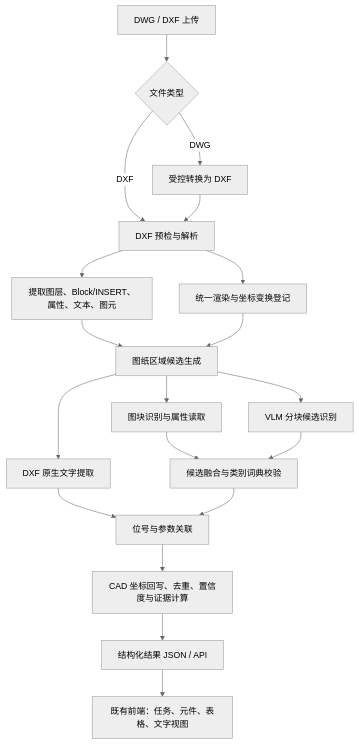
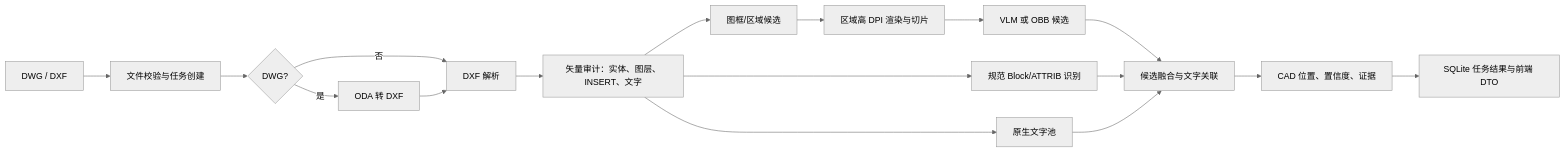
The diagram in docs/电气图纸元件识别可行技术方案.md (iawen/cad-recognition), drawn with Mermaid (neutral theme) before and after one commit. The commit also changed other lines of this file and 11 other files, not shown here.

````diff
--- a/docs/电气图纸元件识别可行技术方案.md
+++ b/docs/电气图纸元件识别可行技术方案.md
@@ -125,25 +26,20 @@
 ```mermaid
-flowchart TD
-    A[DWG / DXF 上传] --> B{文件类型}
-    B -->|DWG| C[受控转换为 DXF]
-    B -->|DXF| D[DXF 预检与解析]
-    C --> D
+flowchart LR
+    A[DWG / DXF] --> B[文件校验与任务创建]
+    B --> C{DWG?}
+    C -->|是| D[ODA 转 DXF]
+    C -->|否| E[DXF 解析]
+    D --> E
 
-    D --> E[提取图层、Block/INSERT、属性、文本、图元]
-    D --> F[统一渲染与坐标变换登记]
-    E --> G[图纸区域候选生成]
-    F --> G
-
-    G --> H[图块识别与属性读取]
-    G --> I[VLM 分块候选识别]
-    G --> J[DXF 原生文字提取]
-
-    H --> K[候选融合与类别词典校验]
-    I --> K
-    J --> L[位号与参数关联]
+    E --> F[矢量审计：实体、图层、INSERT、文字]
+    F --> G[规范 Block/ATTRIB 识别]
+    F --> H[图框/区域候选]
+    H --> I[区域高 DPI 渲染与切片]
+    I --> J[VLM 或 OBB 候选]
+    F --> K[原生文字池]
+    J --> L[候选融合与文字关联]
+    G --> L
     K --> L
-
-    L --> M[CAD 坐标回写、去重、置信度与证据计算]
-    M --> O[结构化结果 JSON / API]
-    O --> P[既有前端：任务、元件、表格、文字视图]
+    L --> M[CAD 位置、置信度、证据]
+    M --> N[SQLite 任务结果与前端 DTO]
 ```
````
